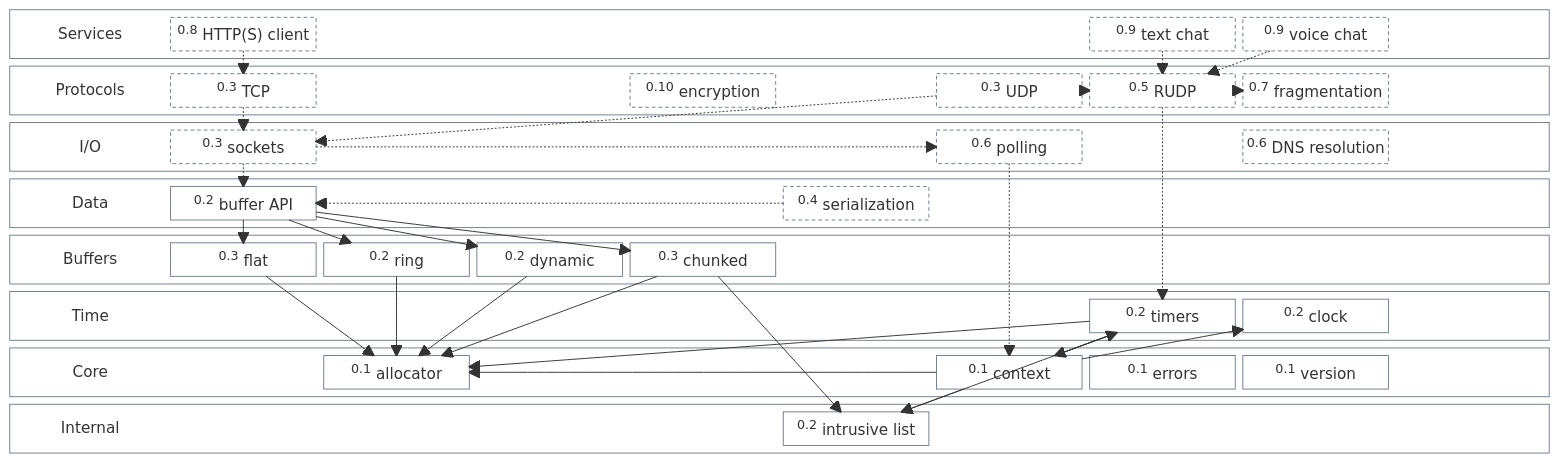
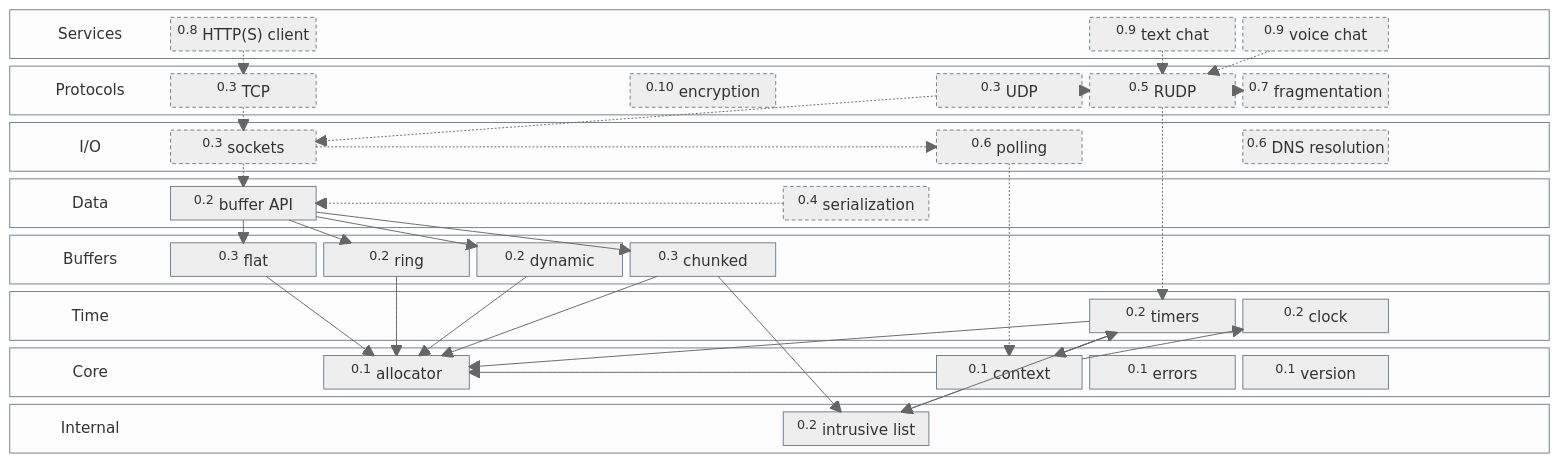
One commit to VMNL/vmnl-net changed the first of 2 diagrams in docs/architecture.md. Above: the diagram before and after it, drawn with Mermaid. The commit also changed other lines of this file and 1 other file, not shown here.

Commit message:
docs: draw the diagrams with the neutral theme of Mermaid
The default theme of Mermaid colors the nodes in purple, which clashes
with the theme of the documentation, and the layer diagram now fills its
blocks like the others.

````diff
--- a/docs/architecture.md
+++ b/docs/architecture.md
@@ -15,4 +15,5 @@
 ```mermaid
+%%{init: {"theme": "neutral"}}%%
 block-beta
     columns 1
 
@@ -127,9 +128,9 @@
     CHUNKED --> ALLOCATOR
     CHUNKED --> LIST
 
-    classDef default fill:none,stroke:#6f7e8e
+    classDef default stroke:#6f7e8e
     classDef title fill:none,stroke:none
-    classDef planned fill:none,stroke:#6f7e8e,stroke-dasharray: 4 3
+    classDef planned stroke:#6f7e8e,stroke-dasharray: 4 3
 
     class SERVICES_TITLE,PROTOCOLS_TITLE,IO_TITLE,DATA_TITLE,BUFFERS_TITLE,TIME_TITLE,CORE_TITLE,INTERNAL_TITLE title
     class HTTP,CHAT,VOICE,TCP,UDP,RUDP,FRAG,CRYPT,SOCKET,POLL,DNS,SER planned
````
